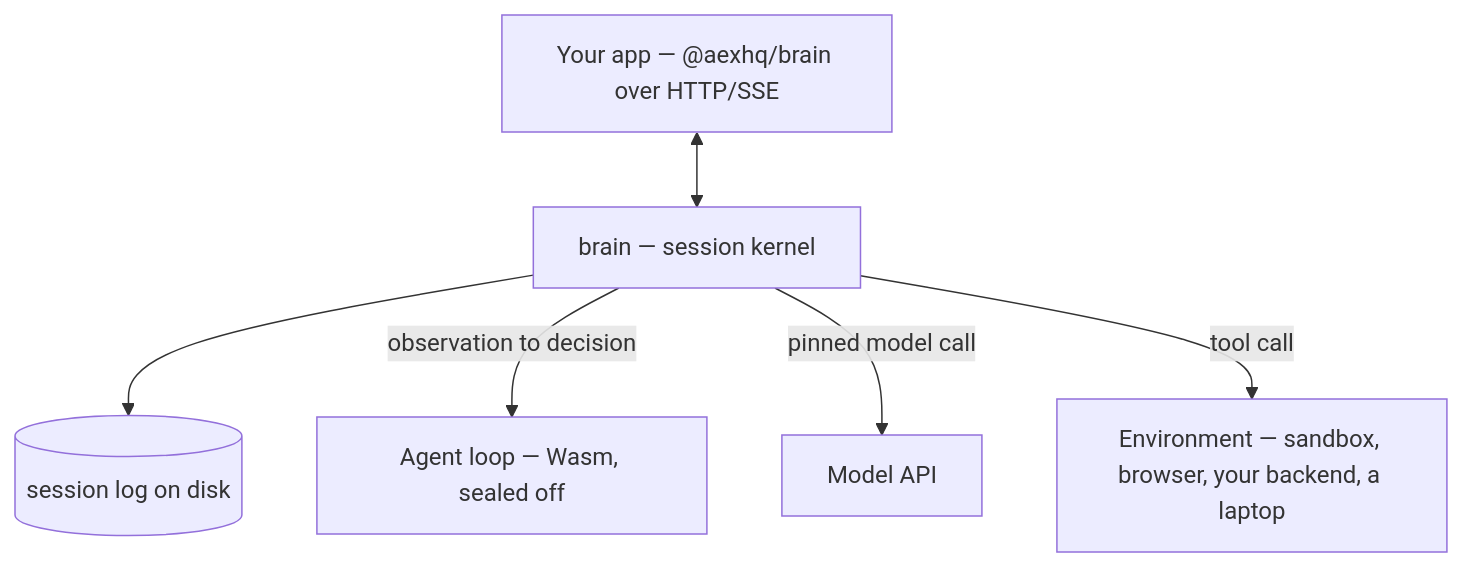
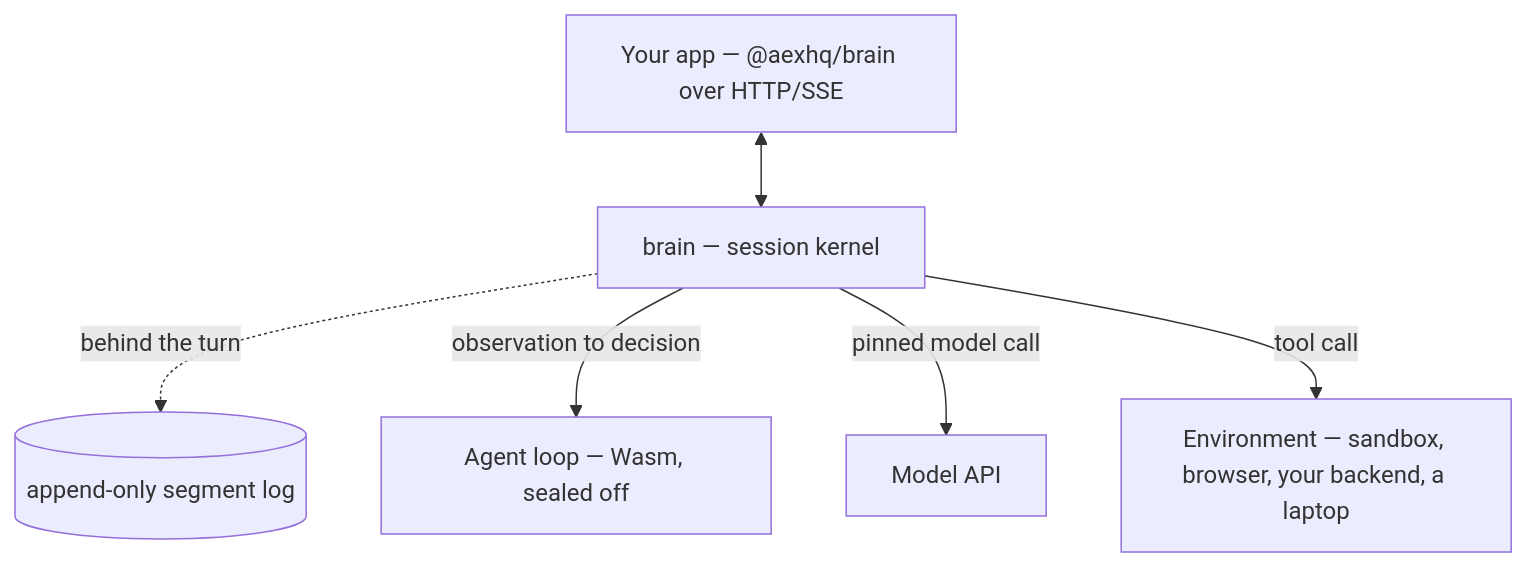
One commit to aexhq/brain changed the diagram in README.md. Above: the diagram before and after it, drawn with Mermaid. The commit also changed other lines of this file and 2 other files, not shown here.

````diff
--- a/README.md
+++ b/README.md
@@ -90,15 +91,15 @@
 ```mermaid
 flowchart TD
     app["Your app — @aexhq/brain over HTTP/SSE"]
     kernel["brain — session kernel"]
-    log[("session log on disk")]
+    log[("append-only segment log")]
     loop["Agent loop — Wasm, sealed off"]
     model["Model API"]
     env["Environment — sandbox, browser, your backend, a laptop"]
 
     app <--> kernel
-    kernel --> log
+    kernel -.->|"behind the turn"| log
     kernel -->|"observation to decision"| loop
     kernel -->|"pinned model call"| model
     kernel -->|"tool call"| env
 ```
````
